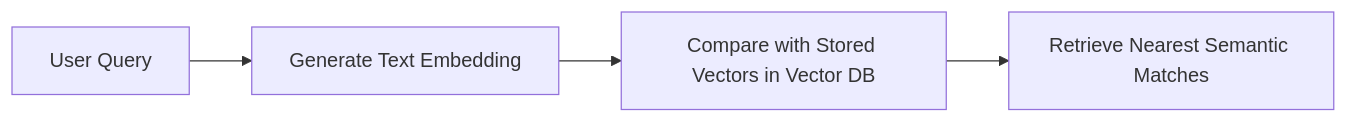
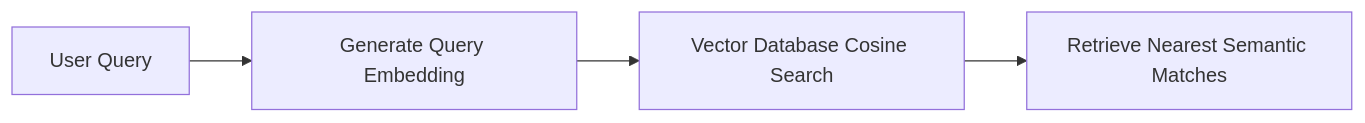
One commit to Nishant8826/theory-leaning changed the second of 2 diagrams in Nameste-AI/Season_01/04_How_Machines_Represent_Meaning.md. Above: the diagram before and after it, drawn with Mermaid. The commit also changed other lines of this file and 8 other files, not shown here.

````diff
--- a/Nameste-AI/Season_01/04_How_Machines_Represent_Meaning.md
+++ b/Nameste-AI/Season_01/04_How_Machines_Represent_Meaning.md
@@ -254,6 +291,6 @@
 ```mermaid
 flowchart LR
-    A[User Query] --> B[Generate Text Embedding]
-    B --> C[Compare with Stored Vectors in Vector DB]
+    A[User Query] --> B[Generate Query Embedding]
+    B --> C[Vector Database Cosine Search]
     C --> D[Retrieve Nearest Semantic Matches]
 ```
````
